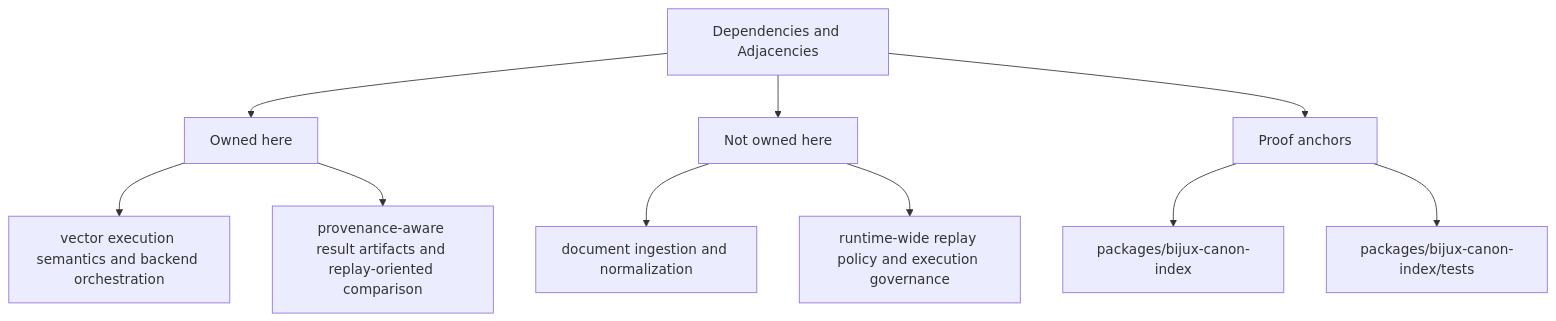
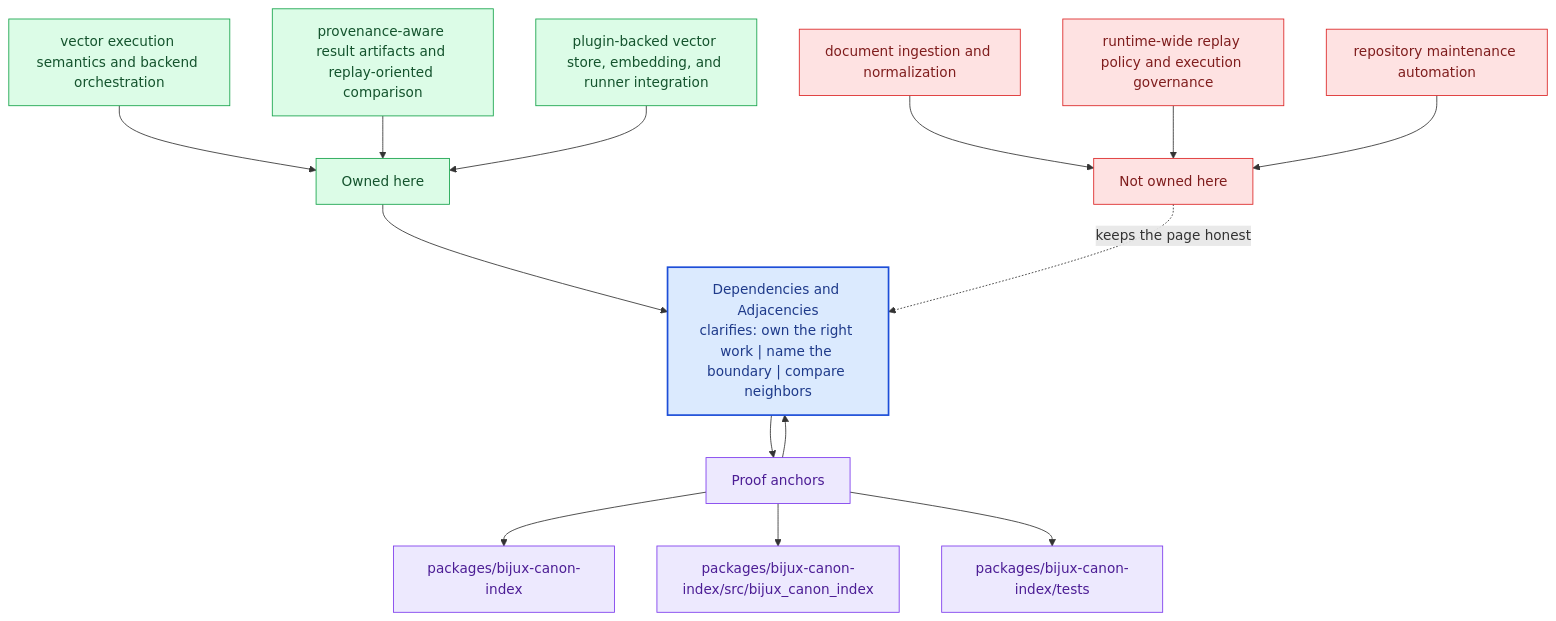
Before and after one commit to bijux/bijux-canon: the second of 2 diagrams in docs/bijux-canon-index/foundation/dependencies-and-adjacencies.md, drawn with Mermaid. The commit also changed other lines of this file and 281 other files, not shown here.

Commit message:
docs(diagrams): deepen handbook mermaid maps across the catalog

````diff
--- a/docs/bijux-canon-index/foundation/dependencies-and-adjacencies.md
+++ b/docs/bijux-canon-index/foundation/dependencies-and-adjacencies.md
@@ -36,22 +69,40 @@
 ```mermaid
-flowchart TD
-    page["Dependencies and Adjacencies"]
+flowchart TB
+    promise["Dependencies and Adjacencies<br/>clarifies: own the right work | name the boundary | compare neighbors"]
+    classDef promise fill:#dbeafe,stroke:#1d4ed8,color:#1e3a8a,stroke-width:2px;
+    classDef driver fill:#dcfce7,stroke:#16a34a,color:#14532d;
+    classDef constraint fill:#fee2e2,stroke:#dc2626,color:#7f1d1d;
+    classDef ground fill:#ede9fe,stroke:#7c3aed,color:#4c1d95;
     focus1["Owned here"]
-    page --> focus1
+    focus1 --> promise
     focus1_1["vector execution semantics and backend orchestration"]
-    focus1 --> focus1_1
+    focus1_1 --> focus1
     focus1_2["provenance-aware result artifacts and replay-oriented comparison"]
-    focus1 --> focus1_2
+    focus1_2 --> focus1
+    focus1_3["plugin-backed vector store, embedding, and runner integration"]
+    focus1_3 --> focus1
+    class focus1 driver;
+    class focus1_1,focus1_2,focus1_3 driver;
     focus2["Not owned here"]
-    page --> focus2
+    focus2 -.keeps the page honest.-> promise
     focus2_1["document ingestion and normalization"]
-    focus2 --> focus2_1
+    focus2_1 --> focus2
     focus2_2["runtime-wide replay policy and execution governance"]
-    focus2 --> focus2_2
+    focus2_2 --> focus2
+    focus2_3["repository maintenance automation"]
+    focus2_3 --> focus2
+    class focus2 constraint;
+    class focus2_1,focus2_2,focus2_3 constraint;
     focus3["Proof anchors"]
-    page --> focus3
+    focus3 --> promise
+    promise --> focus3
     focus3_1["packages/bijux-canon-index"]
     focus3 --> focus3_1
-    focus3_2["packages/bijux-canon-index/tests"]
+    focus3_2["packages/bijux-canon-index/src/bijux_canon_index"]
     focus3 --> focus3_2
+    focus3_3["packages/bijux-canon-index/tests"]
+    focus3 --> focus3_3
+    class focus3 ground;
+    class focus3_1,focus3_2,focus3_3 ground;
+    class promise promise;
 ```
````
